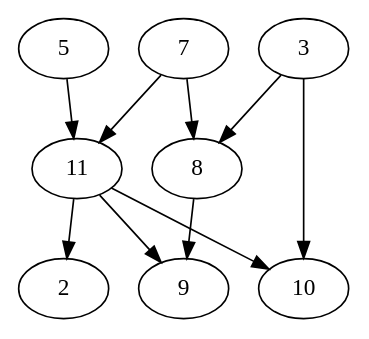
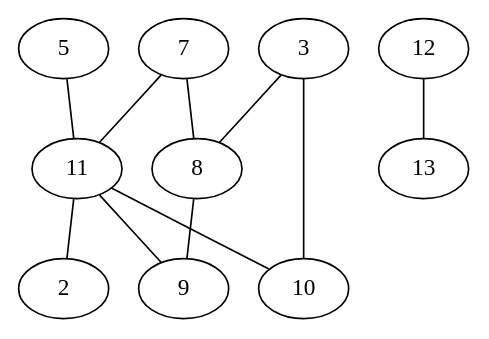
The diagram in trabalho-3/wiki.dot (RenanGreca/grafos), drawn with Graphviz before and after one commit. The commit also changed 2 other files, not shown here.

```diff
--- a/trabalho-3/wiki.dot
+++ b/trabalho-3/wiki.dot
@@ -1,12 +1,13 @@
 
-strict digraph "wiki" {
-        "7" -> "8";
-        "7" -> "11";
-        "5" -> "11";
-        "3" -> "8";
-        "3" -> "10";
-        "11" -> "2";
-        "11" -> "9";
-        "11" -> "10";
-        "8" -> "9";
+strict graph "wiki" {
+        "7" -- "8";
+        "7" -- "11";
+        "5" -- "11";
+        "3" -- "8";
+        "3" -- "10";
+        "11" -- "2";
+        "11" -- "9";
+        "11" -- "10";
+        "8" -- "9";
+        "12" -- "13";
 }
```
